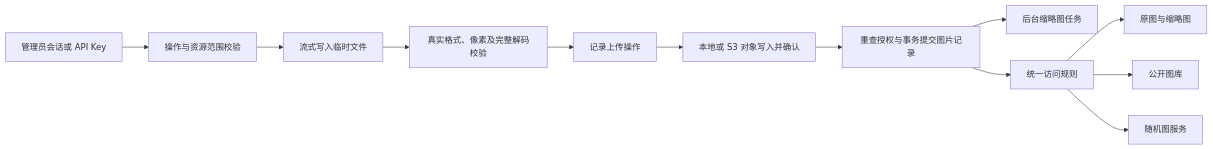
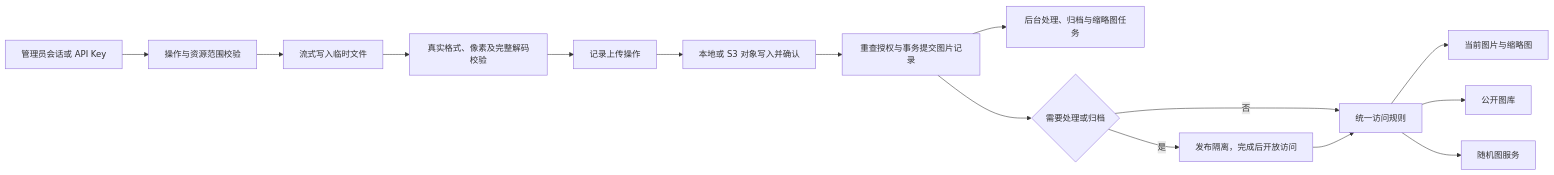
The second of 2 diagrams in docs/design.md (XingHaiOvO/XHImg), drawn with Mermaid before and after one commit. The commit also changed other lines of this file and 16 other files, not shown here.

````diff
--- a/docs/design.md
+++ b/docs/design.md
@@ -55,14 +72,17 @@
 ```mermaid
 flowchart LR
     A[管理员会话或 API Key] --> B[操作与资源范围校验]
     B --> C[流式写入临时文件]
     C --> D[真实格式、像素及完整解码校验]
     D --> E[记录上传操作]
     E --> F[本地或 S3 对象写入并确认]
     F --> G[重查授权与事务提交图片记录]
-    G --> H[后台缩略图任务]
-    G --> I[统一访问规则]
-    I --> J[原图与缩略图]
+    G --> H[后台处理、归档与缩略图任务]
+    G --> P{需要处理或归档}
+    P -->|是| Q[发布隔离，完成后开放访问]
+    P -->|否| I[统一访问规则]
+    Q --> I
+    I --> J[当前图片与缩略图]
     I --> K[公开图库]
     I --> L[随机图服务]
 ```
````
